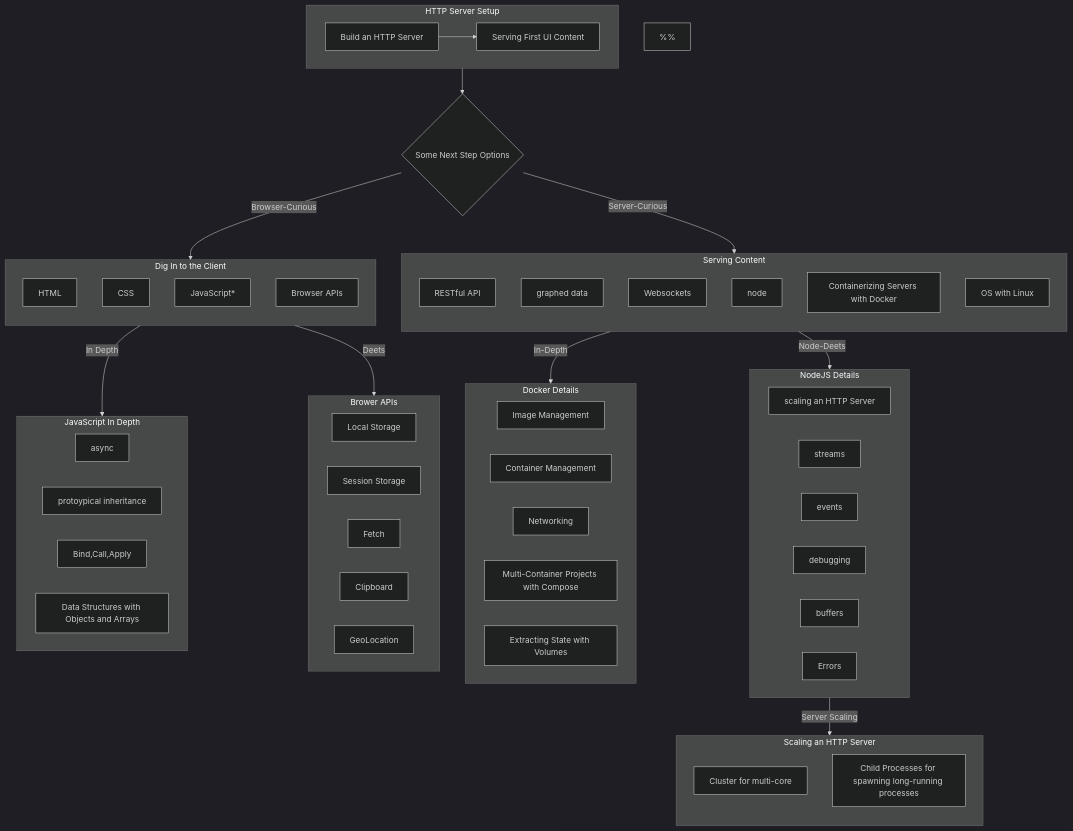
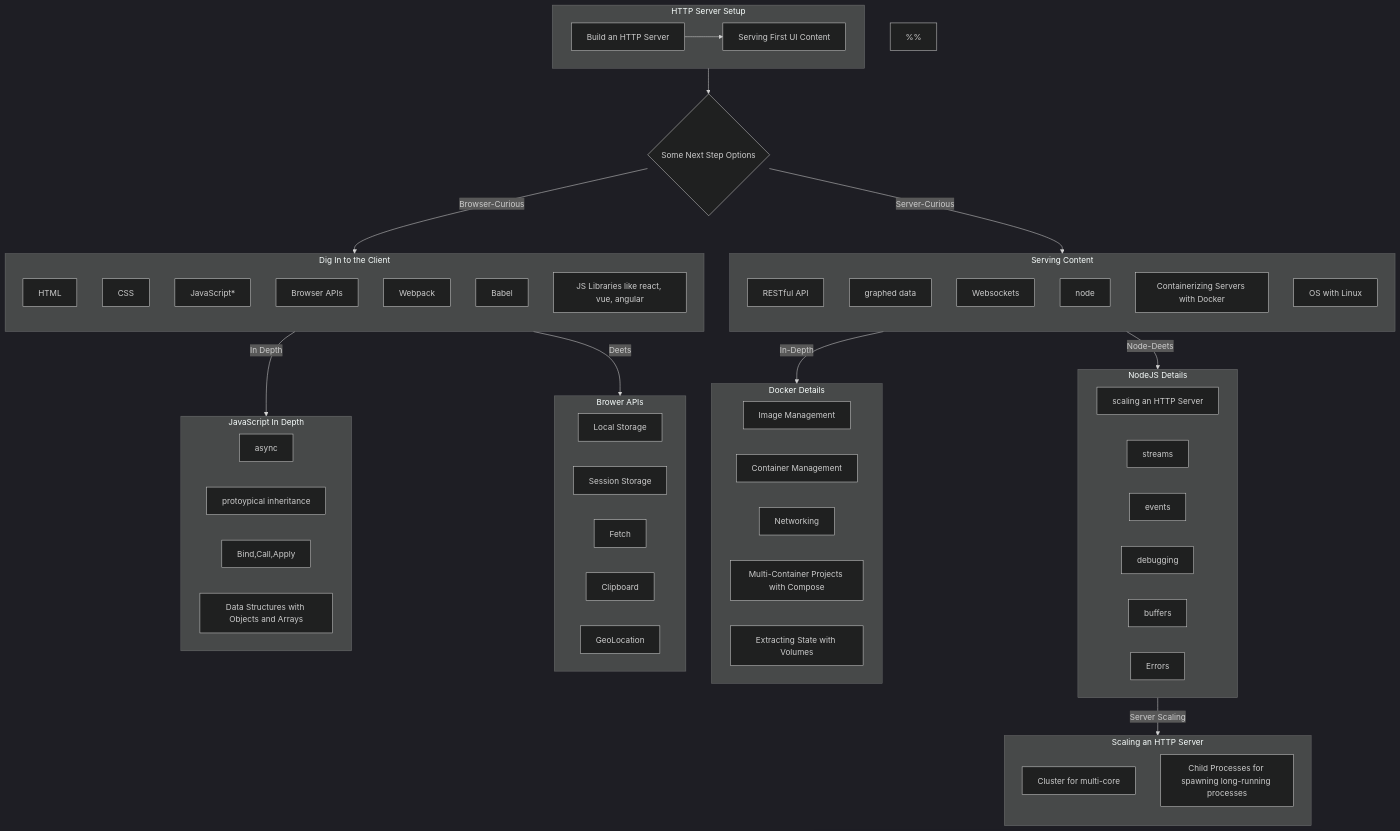
Before and after one commit to imagineLife/big-site: the diagram in src/pages/a-web-first-path.mdx, drawn with Mermaid (dark theme). The commit also changed other lines of this file, not shown here.

```diff
--- a/src/pages/a-web-first-path.mdx
+++ b/src/pages/a-web-first-path.mdx
@@ -50,8 +51,6 @@
   BUFFERS[buffers];
   ERRORS[Errors];
 
-
-
 %% scaling nodeJS nodes
   MULTI-CORE-CLUSTERING[Cluster for multi-core];
   CHILD-PROCESS[Child Processes for spawning long-running processes];
@@ -62,6 +61,9 @@
   CSS[CSS]
   JS[JavaScript*]
   BROWSER-APIS[Browser APIs]
+  WEBPACK[Webpack]
+  BABEL[Babel]
+  LIBRARIES[JS Libraries like react, vue, angular]
 
 %% JS nodes
   ASYNC[async];
@@ -115,6 +117,9 @@
       CSS;
       JS;
       BROWSER-APIS;
+      WEBPACK;
+      BABEL;
+      LIBRARIES;
   end;
 
 %% Node Sub-Categories
@@ -170,8 +175,8 @@
 %%  Putting It All Together
 %%
   HTTP_SERVER_SETUP --> OPTS;
+  OPTS --> |Browser-Curious|BROWSER_CURIOUS;
   OPTS --> |Server-Curious|SERVER_CURIOUS;
-  OPTS --> |Browser-Curious|BROWSER_CURIOUS;
   NODE --> |Node-Deets|NODE-SUBGRAPH;
   JS --> |In Depth| JS-SUBGRAPH;
 
```
